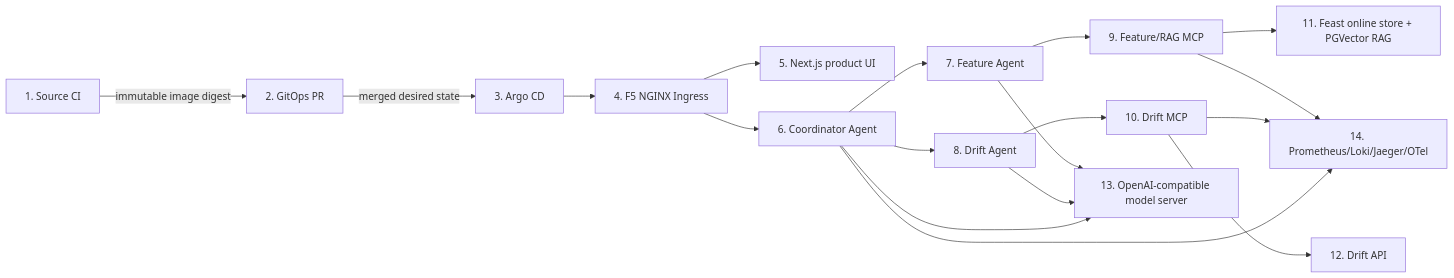
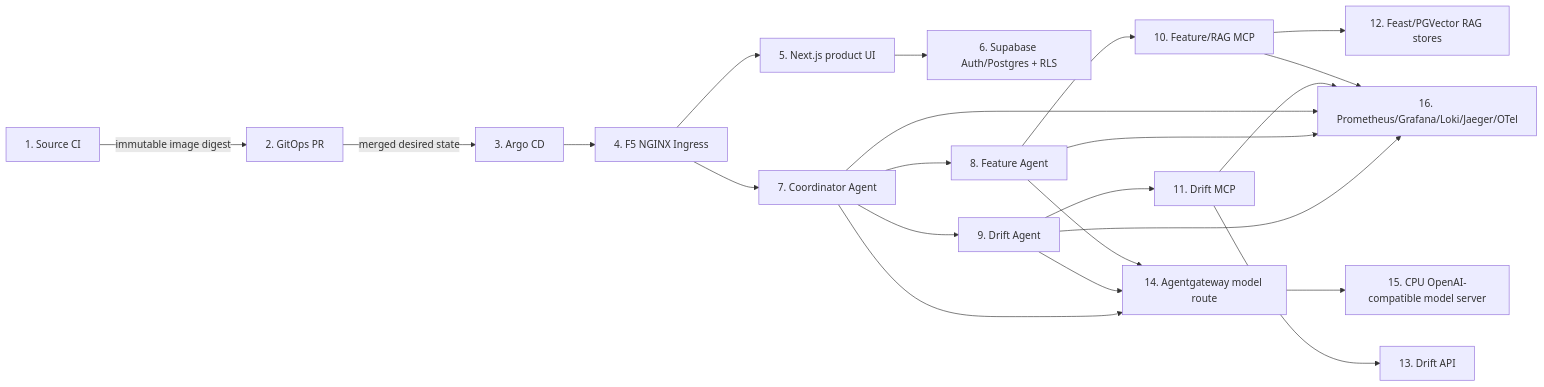
Before and after one commit to emanhthangngot/Financial-Distress-Data: the diagram in README.md, drawn with Mermaid. The commit also changed other lines of this file and 13 other files, not shown here.

````diff
--- a/README.md
+++ b/README.md
@@ -85,20 +121,24 @@
 ```mermaid
 flowchart LR
     A["1. Source CI"] -->|"immutable image digest"| B["2. GitOps PR"]
     B -->|"merged desired state"| C["3. Argo CD"]
     C --> D["4. F5 NGINX Ingress"]
     D --> E["5. Next.js product UI"]
-    D --> F["6. Coordinator Agent"]
-    F --> G["7. Feature Agent"]
-    F --> H["8. Drift Agent"]
-    G --> I["9. Feature/RAG MCP"]
-    H --> J["10. Drift MCP"]
-    I --> K["11. Feast online store + PGVector RAG"]
-    J --> L["12. Drift API"]
-    G --> M["13. OpenAI-compatible model server"]
+    E --> P["6. Supabase Auth/Postgres + RLS"]
+    D --> F["7. Coordinator Agent"]
+    F --> G["8. Feature Agent"]
+    F --> H["9. Drift Agent"]
+    G --> I["10. Feature/RAG MCP"]
+    H --> J["11. Drift MCP"]
+    I --> K["12. Feast/PGVector RAG stores"]
+    J --> L["13. Drift API"]
+    G --> M["14. Agentgateway model route"]
     H --> M
     F --> M
-    I --> N["14. Prometheus/Loki/Jaeger/OTel"]
-    J --> N
-    F --> N
+    M --> N["15. CPU OpenAI-compatible model server"]
+    I --> O["16. Prometheus/Grafana/Loki/Jaeger/OTel"]
+    J --> O
+    F --> O
+    G --> O
+    H --> O
 ```
````
